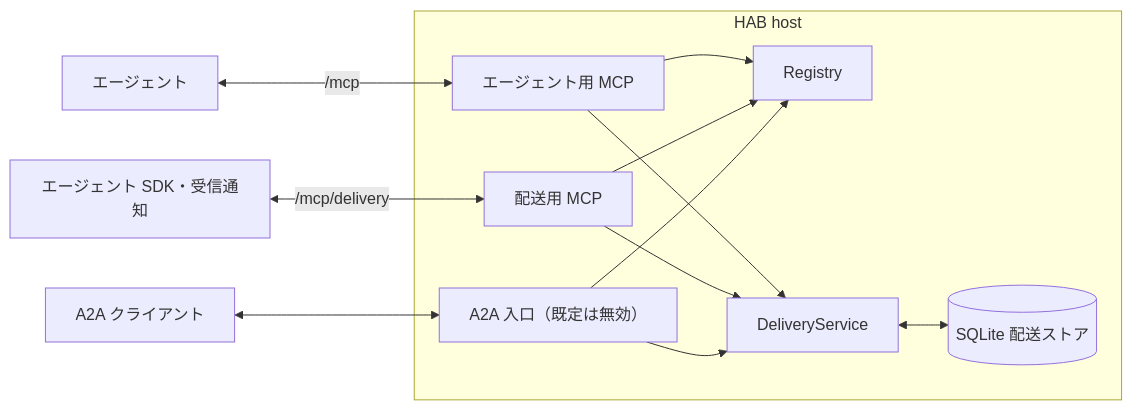
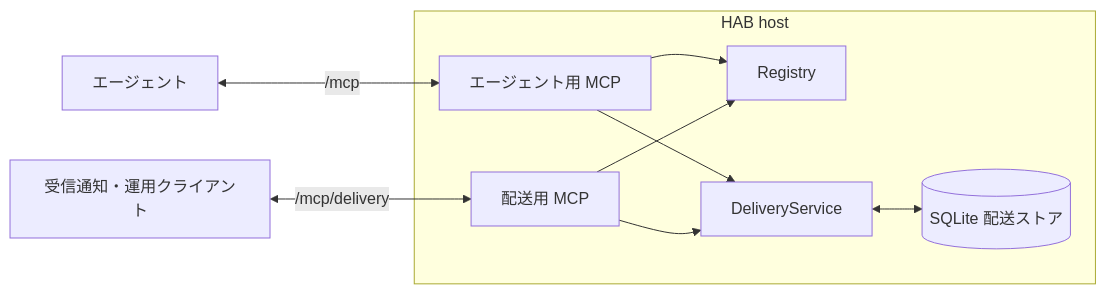
One commit to s-hiraoku/hiraoku-agent-base changed the first of 2 diagrams in README.md. Above: the diagram before and after it, drawn with Mermaid. The commit also changed other lines of this file and 63 other files, not shown here.

````diff
--- a/README.md
+++ b/README.md
@@ -35,18 +35,15 @@
 ```mermaid
 flowchart LR
   Agent["エージェント"] <-->|"/mcp"| MCP
-  SDK["エージェント SDK・受信通知"] <-->|"/mcp/delivery"| DeliveryMCP
-  Client["A2A クライアント"] <--> A2A
+  Notifier["受信通知・運用クライアント"] <-->|"/mcp/delivery"| DeliveryMCP
   subgraph Host["HAB host"]
     MCP["エージェント用 MCP"]
     DeliveryMCP["配送用 MCP"]
-    A2A["A2A 入口（既定は無効）"]
     Registry["Registry"]
     Delivery["DeliveryService"]
     Store[("SQLite 配送ストア")]
     MCP --> Registry & Delivery
     DeliveryMCP --> Registry & Delivery
-    A2A --> Registry & Delivery
     Delivery <--> Store
   end
 ```
````
